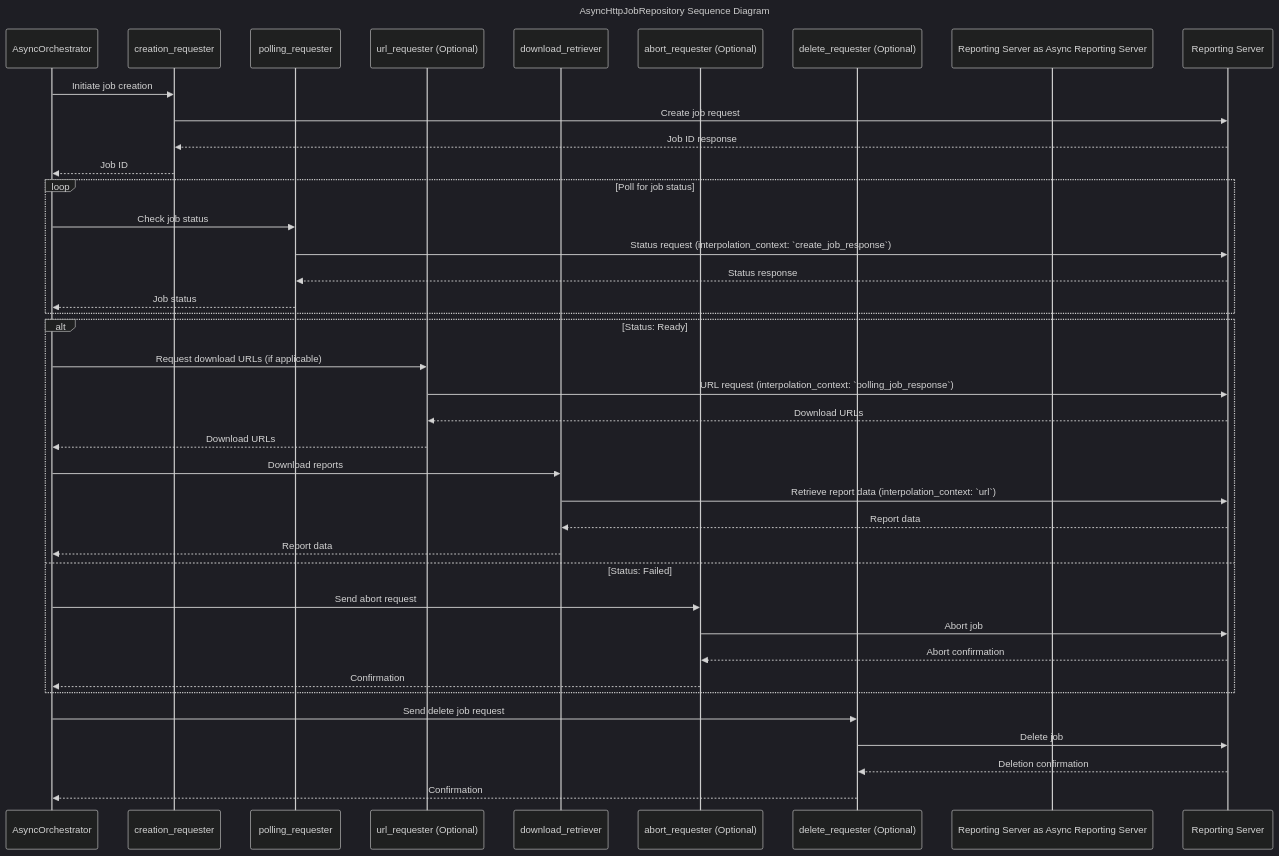
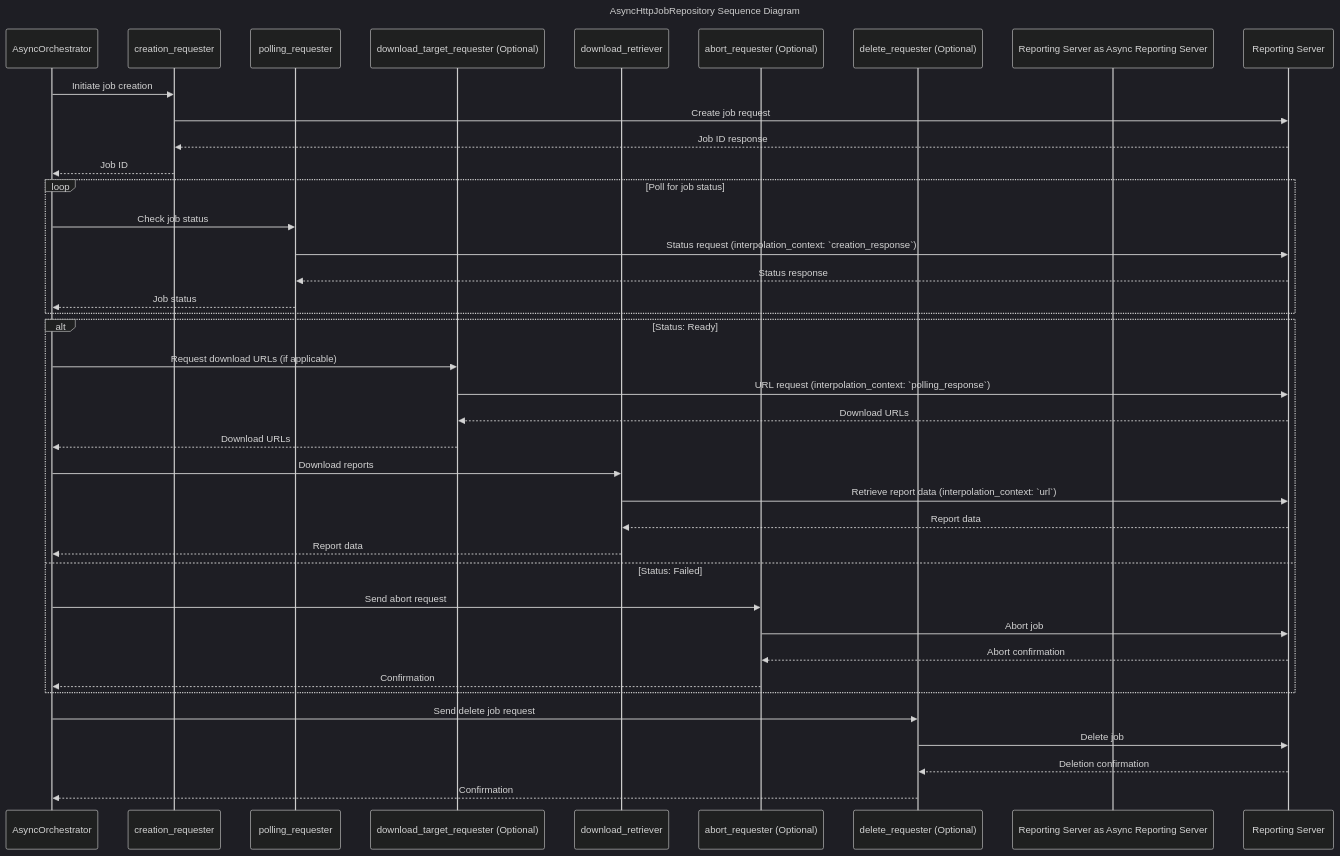
Before and after one commit to rpopov/airbyte-python-cdk: the diagram in airbyte_cdk/sources/declarative/requesters/README.md, drawn with Mermaid (dark theme). The commit also changed other lines of this file and 8 other files, not shown here.

````diff
--- a/airbyte_cdk/sources/declarative/requesters/README.md
+++ b/airbyte_cdk/sources/declarative/requesters/README.md
@@ -7,50 +7,50 @@
 ```mermaid
 ---
 title: AsyncHttpJobRepository Sequence Diagram
 ---
 sequenceDiagram
     participant AsyncHttpJobRepository as AsyncOrchestrator
     participant CreationRequester as creation_requester
     participant PollingRequester as polling_requester
-    participant UrlRequester as url_requester (Optional)
+    participant UrlRequester as download_target_requester (Optional)
     participant DownloadRetriever as download_retriever
     participant AbortRequester as abort_requester (Optional)
     participant DeleteRequester as delete_requester (Optional)
     participant Reporting Server as Async Reporting Server
 
     AsyncHttpJobRepository ->> CreationRequester: Initiate job creation
     CreationRequester ->> Reporting Server: Create job request
     Reporting Server -->> CreationRequester: Job ID response
     CreationRequester -->> AsyncHttpJobRepository: Job ID
 
     loop Poll for job status
         AsyncHttpJobRepository ->> PollingRequester: Check job status
-        PollingRequester ->> Reporting Server: Status request (interpolation_context: `create_job_response`)
+        PollingRequester ->> Reporting Server: Status request (interpolation_context: `creation_response`)
         Reporting Server -->> PollingRequester: Status response
         PollingRequester -->> AsyncHttpJobRepository: Job status
     end
 
     alt Status: Ready
         AsyncHttpJobRepository ->> UrlRequester: Request download URLs (if applicable)
-        UrlRequester ->> Reporting Server: URL request (interpolation_context: `polling_job_response`)
+        UrlRequester ->> Reporting Server: URL request (interpolation_context: `polling_response`)
         Reporting Server -->> UrlRequester: Download URLs
         UrlRequester -->> AsyncHttpJobRepository: Download URLs
 
         AsyncHttpJobRepository ->> DownloadRetriever: Download reports
         DownloadRetriever ->> Reporting Server: Retrieve report data (interpolation_context: `url`)
         Reporting Server -->> DownloadRetriever: Report data
         DownloadRetriever -->> AsyncHttpJobRepository: Report data
     else Status: Failed
         AsyncHttpJobRepository ->> AbortRequester: Send abort request
         AbortRequester ->> Reporting Server: Abort job
         Reporting Server -->> AbortRequester: Abort confirmation
         AbortRequester -->> AsyncHttpJobRepository: Confirmation
     end
 
     AsyncHttpJobRepository ->> DeleteRequester: Send delete job request
     DeleteRequester ->> Reporting Server: Delete job
     Reporting Server -->> DeleteRequester: Deletion confirmation
     DeleteRequester -->> AsyncHttpJobRepository: Confirmation
 
 
 ```
````
